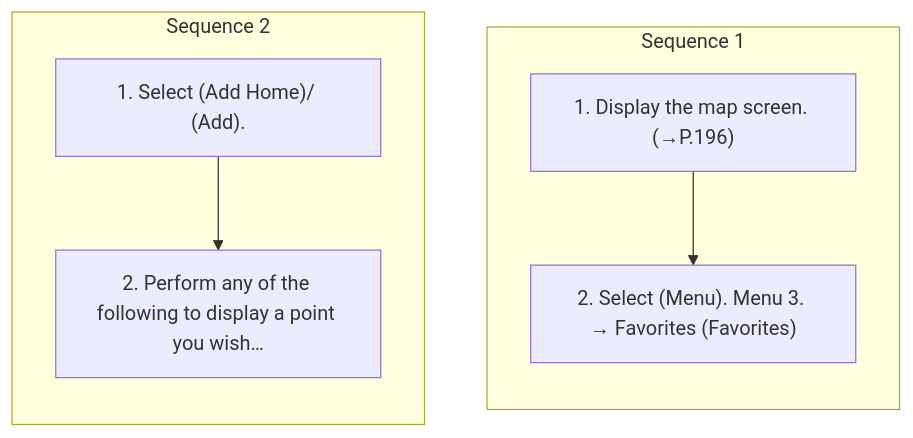
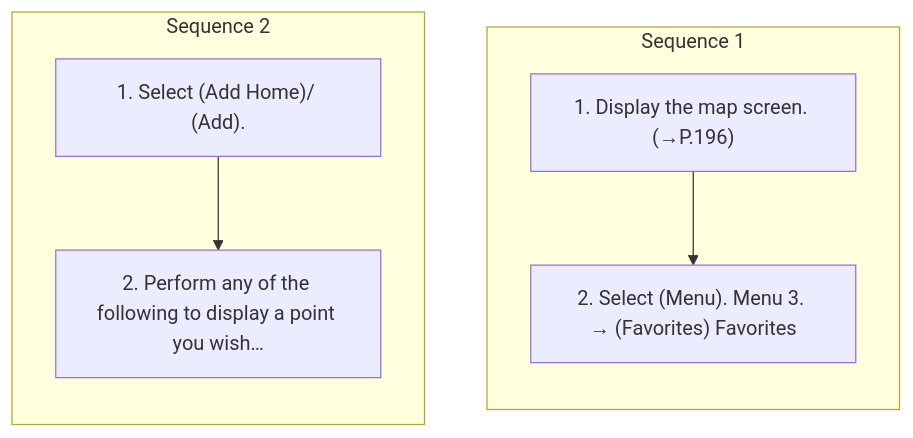
The diagram in workspace/subaru/outback-2025/ivi/published/navigation-system-if-equipped/11-favorites-screen.md (Chieko-Y/my-spec-generator), drawn with Mermaid before and after one commit. The commit also changed other lines of this file and 288 other files, not shown here.

First line of the commit message:
Polish spec view UI and fix a real Subaru figure-caption bug

````diff
--- a/workspace/subaru/outback-2025/ivi/published/navigation-system-if-equipped/11-favorites-screen.md
+++ b/workspace/subaru/outback-2025/ivi/published/navigation-system-if-equipped/11-favorites-screen.md
@@ -17,15 +19,15 @@
 ```mermaid
 flowchart TD
     subgraph SEQ1["Sequence 1"]
     direction TB
     S1_1["1. Display the map screen. (→P.196)"]
-    S1_2["2. Select (Menu). Menu 3. → Favorites (Favorites)"]
+    S1_2["2. Select (Menu). Menu 3. → (Favorites) Favorites"]
     S1_1 --> S1_2
     end
     subgraph SEQ2["Sequence 2"]
     direction TB
     S2_1["1. Select (Add Home)/ (Add)."]
     S2_2["2. Perform any of the following to display a point you wish…"]
     S2_1 --> S2_2
     end
 ```
````
